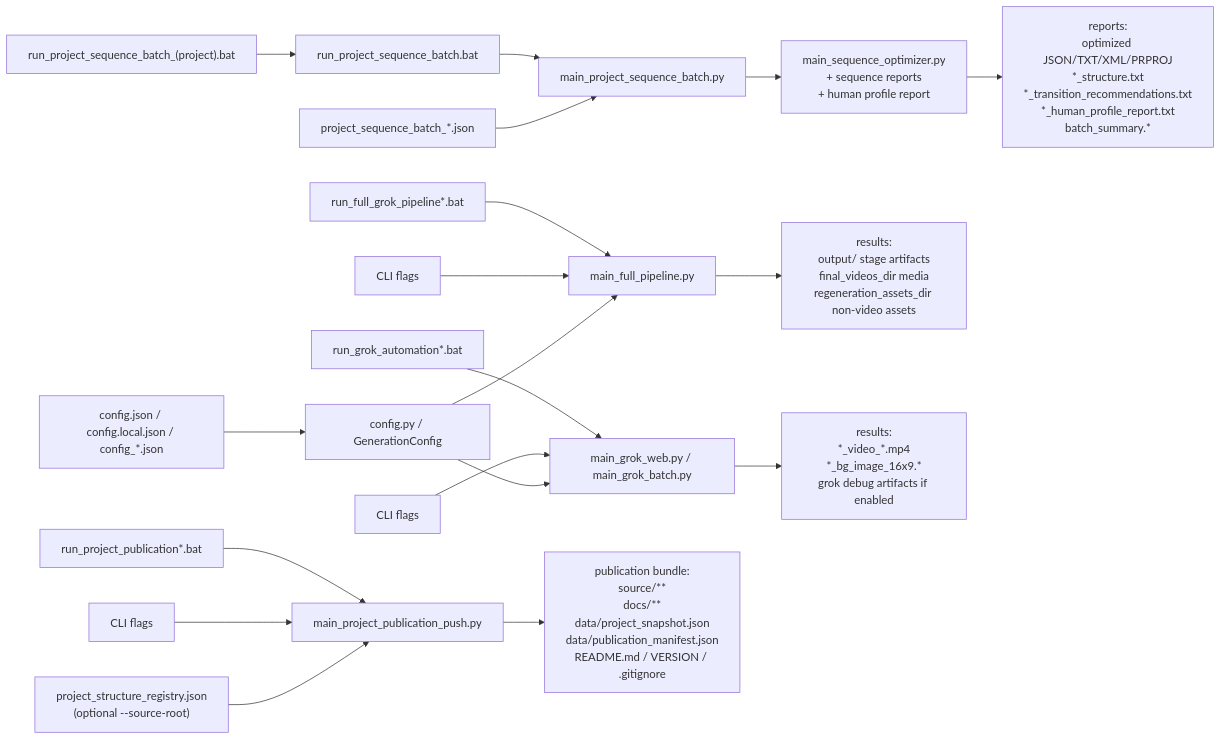
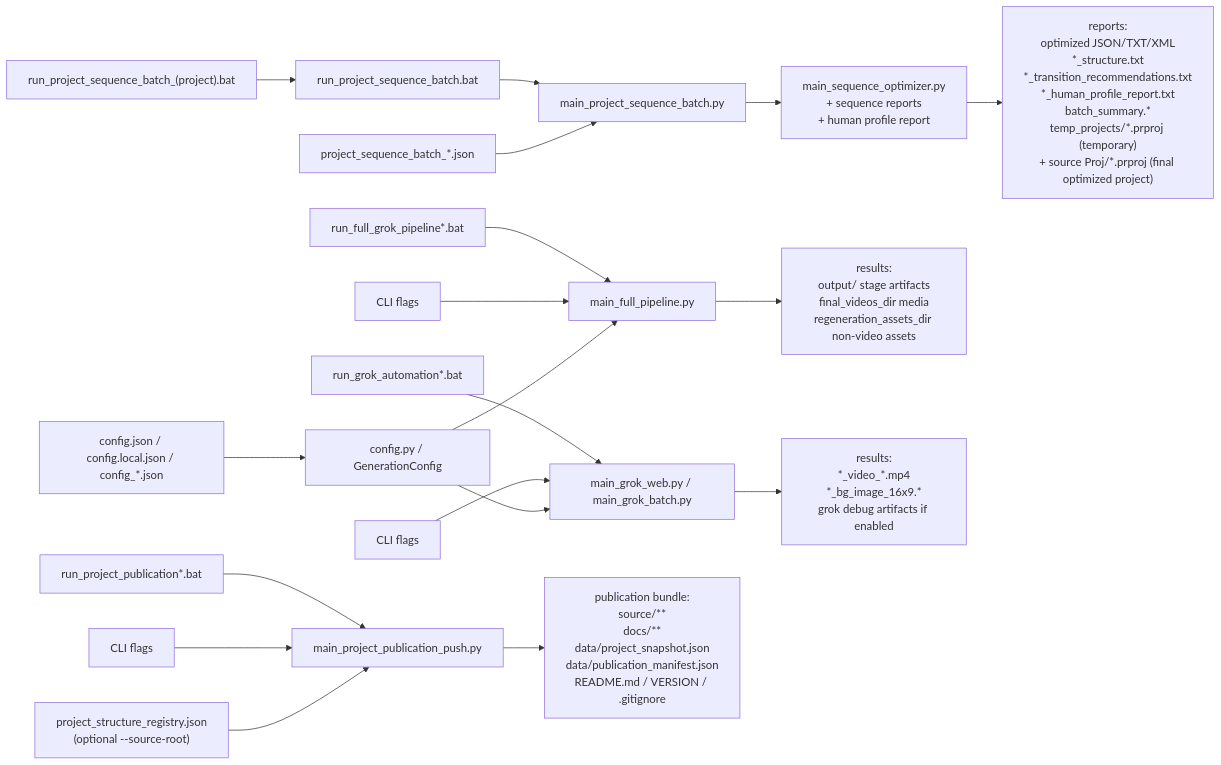
Before and after one commit to sergey-frd/Memory-to-Video_Agent: the diagram in docs/USER_GUIDE_RU.md, drawn with Mermaid. The commit also changed other lines of this file and 13 other files, not shown here.

Commit message:
Refine batch project delivery and add Slava v02 reports config

````diff
--- a/docs/USER_GUIDE_RU.md
+++ b/docs/USER_GUIDE_RU.md
@@ -283,25 +284,25 @@
 ```mermaid
 flowchart LR
   B1["run_full_grok_pipeline*.bat"] --> P1["main_full_pipeline.py"]
   B2["run_grok_automation*.bat"] --> P2["main_grok_web.py / main_grok_batch.py"]
   B3A["run_project_sequence_batch_(project).bat"] --> B3["run_project_sequence_batch.bat"]
   B3 --> P3["main_project_sequence_batch.py"]
   B4["run_project_publication*.bat"] --> P4["main_project_publication_push.py"]
 
   A1["CLI flags"] --> P1
   A2["CLI flags"] --> P2
   C1["config.json / config.local.json / config_*.json"] --> G1["config.py / GenerationConfig"]
   G1 --> P1
   G1 --> P2
 
   C3["project_sequence_batch_*.json"] --> P3
   P3 --> P5["main_sequence_optimizer.py\n+ sequence reports\n+ human profile report"]
 
   A4["CLI flags"] --> P4
   R1["project_structure_registry.json\n(optional --source-root)"] --> P4
 
   P1 --> O1["results:\noutput/ stage artifacts\nfinal_videos_dir media\nregeneration_assets_dir non-video assets"]
   P2 --> O2["results:\n*_video_*.mp4\n*_bg_image_16x9.*\ngrok debug artifacts if enabled"]
-  P5 --> O3["reports:\noptimized JSON/TXT/XML/PRPROJ\n*_structure.txt\n*_transition_recommendations.txt\n*_human_profile_report.txt\nbatch_summary.*"]
+  P5 --> O3["reports:\noptimized JSON/TXT/XML\n*_structure.txt\n*_transition_recommendations.txt\n*_human_profile_report.txt\nbatch_summary.*\ntemp_projects/*.prproj (temporary)\n+ source Proj/*.prproj (final optimized project)"]
   P4 --> O4["publication bundle:\nsource/**\ndocs/**\ndata/project_snapshot.json\ndata/publication_manifest.json\nREADME.md / VERSION / .gitignore"]
 ```
````
